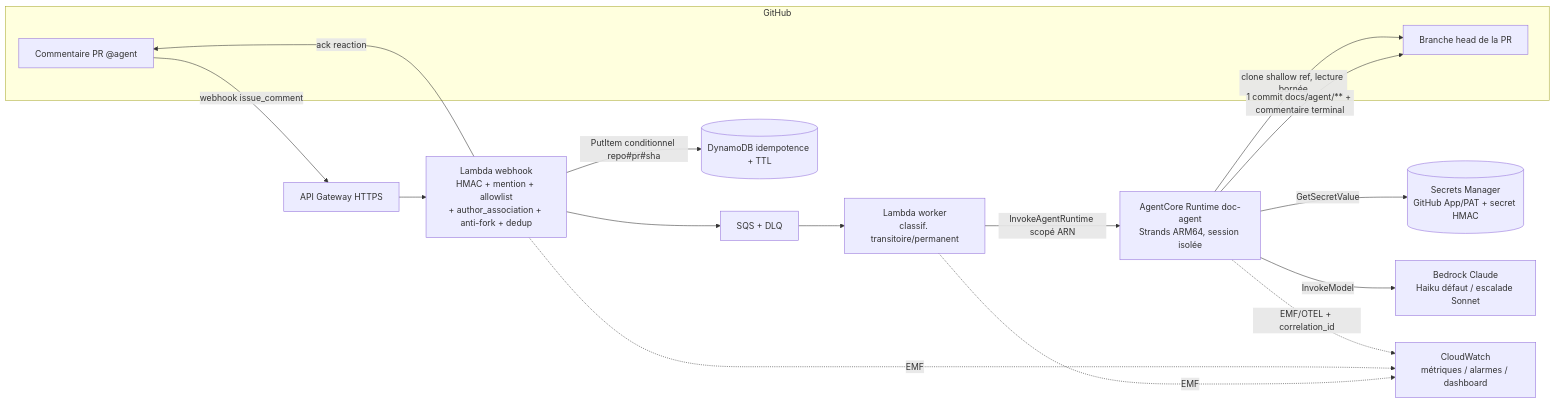
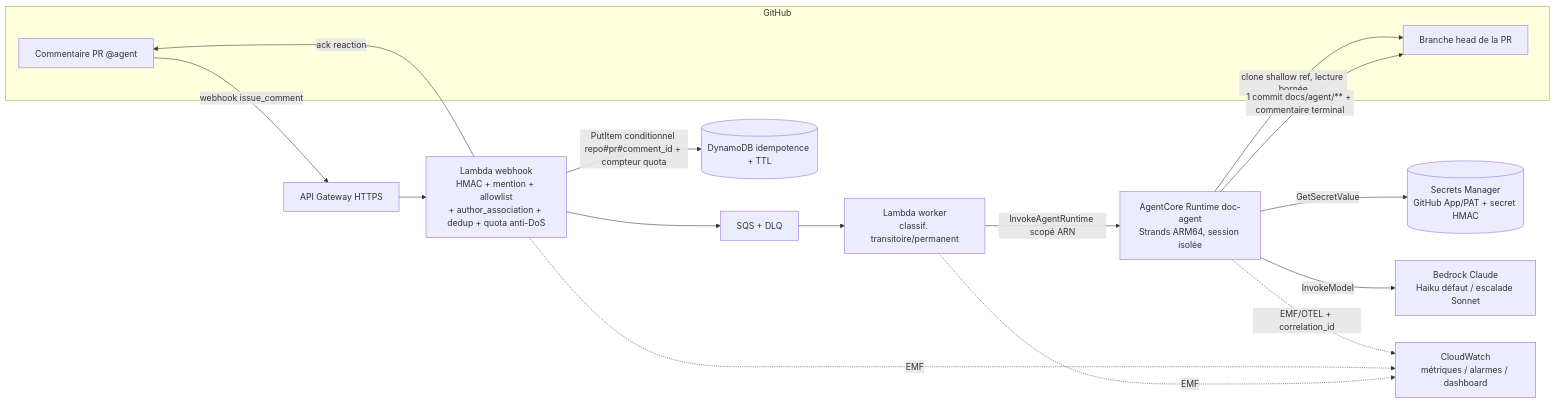
Before and after one commit to FestiFete/agent-technical-doc: the diagram in .kiro/specs/agent-technical-doc/design.md, drawn with Mermaid. The commit also changed other lines of this file and 2 other files, not shown here.

````diff
--- a/.kiro/specs/agent-technical-doc/design.md
+++ b/.kiro/specs/agent-technical-doc/design.md
@@ -22,21 +22,21 @@
 ```mermaid
 flowchart LR
     subgraph GH[GitHub]
       C["Commentaire PR @agent"]
       PR["Branche head de la PR"]
     end
     C -->|webhook issue_comment| APIGW[API Gateway HTTPS]
-    APIGW --> WL["Lambda webhook<br/>HMAC + mention + allowlist<br/>+ author_association + anti-fork + dedup"]
-    WL -->|PutItem conditionnel repo#pr#sha| DDB[(DynamoDB idempotence + TTL)]
+    APIGW --> WL["Lambda webhook<br/>HMAC + mention + allowlist<br/>+ author_association + dedup + quota anti-DoS"]
+    WL -->|"PutItem conditionnel repo#pr#comment_id + compteur quota"| DDB[(DynamoDB idempotence + TTL)]
     WL -->|ack reaction| C
     WL --> SQS[SQS + DLQ]
     SQS --> WK["Lambda worker<br/>classif. transitoire/permanent"]
     WK -->|InvokeAgentRuntime scopé ARN| RT["AgentCore Runtime doc-agent<br/>Strands ARM64, session isolée"]
     RT -->|GetSecretValue| SM[(Secrets Manager<br/>GitHub App/PAT + secret HMAC)]
     RT -->|clone shallow ref, lecture bornée| PR
     RT -->|InvokeModel| BR[Bedrock Claude<br/>Haiku défaut / escalade Sonnet]
     RT -->|"1 commit docs/agent/** + commentaire terminal"| PR
     RT -.EMF/OTEL + correlation_id.-> CW[CloudWatch<br/>métriques / alarmes / dashboard]
     WL -.EMF.-> CW
     WK -.EMF.-> CW
 ```
````
